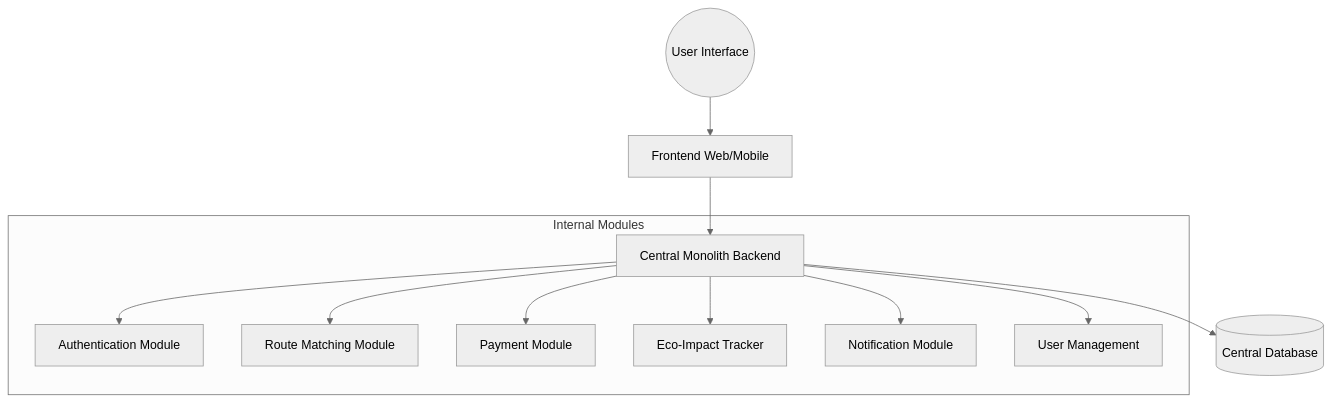
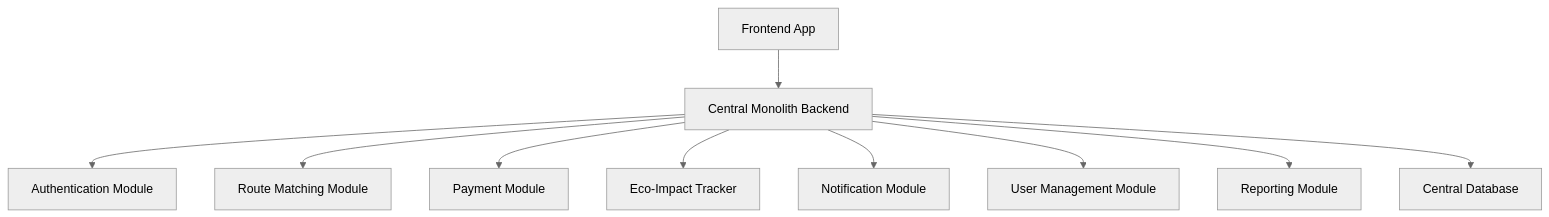
The diagram in architecture_blueprint_assistant/monolith_architecture.mmd (kenanhilberton/holbertonschool-ai4devs), drawn with Mermaid (neutral theme) before and after one commit. The commit also changed 1 other file, not shown here.

Commit message:
Fix: Synchronize component count between diagram and description

```diff
--- a/architecture_blueprint_assistant/monolith_architecture.mmd
+++ b/architecture_blueprint_assistant/monolith_architecture.mmd
@@ -1,14 +1,10 @@
 graph TD
-  User((User Interface)) --> Frontend[Frontend Web/Mobile]
-  Frontend --> Backend[Central Monolith Backend]
-  
-  subgraph Backend_Monolith [Internal Modules]
-    Backend --> Auth[Authentication Module]
-    Backend --> Match[Route Matching Module]
-    Backend --> Pay[Payment Module]
-    Backend --> Eco[Eco-Impact Tracker]
-    Backend --> Notif[Notification Module]
-    Backend --> UserMgmt[User Management]
-  end
-  
-  Backend --> DB[(Central Database)]
+  A[Frontend App] --> B[Central Monolith Backend]
+  B --> C[Authentication Module]
+  B --> D[Route Matching Module]
+  B --> E[Payment Module]
+  B --> F[Eco-Impact Tracker]
+  B --> G[Notification Module]
+  B --> H[User Management Module]
+  B --> I[Reporting Module]
+  B --> J[Central Database]
```
